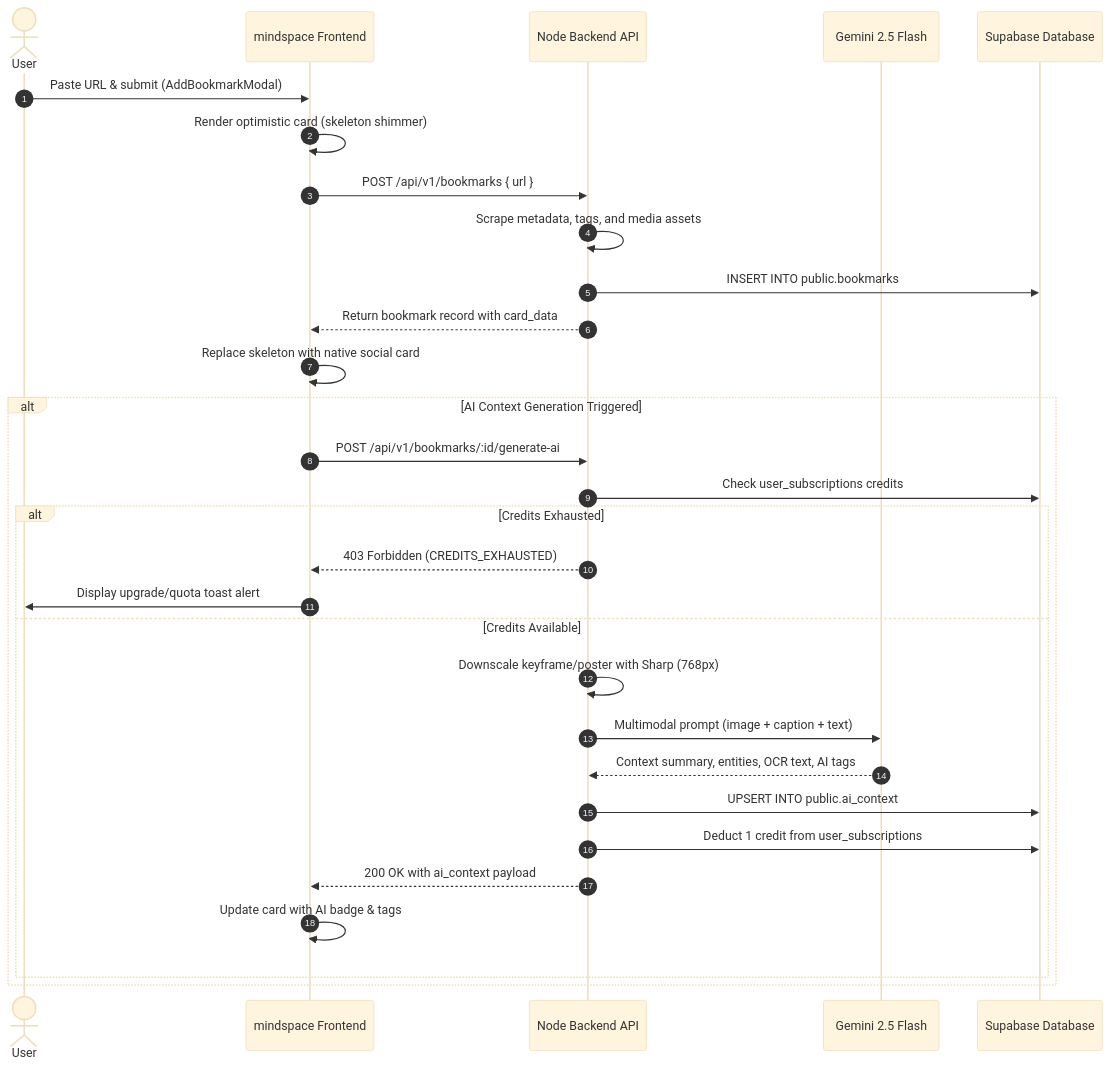
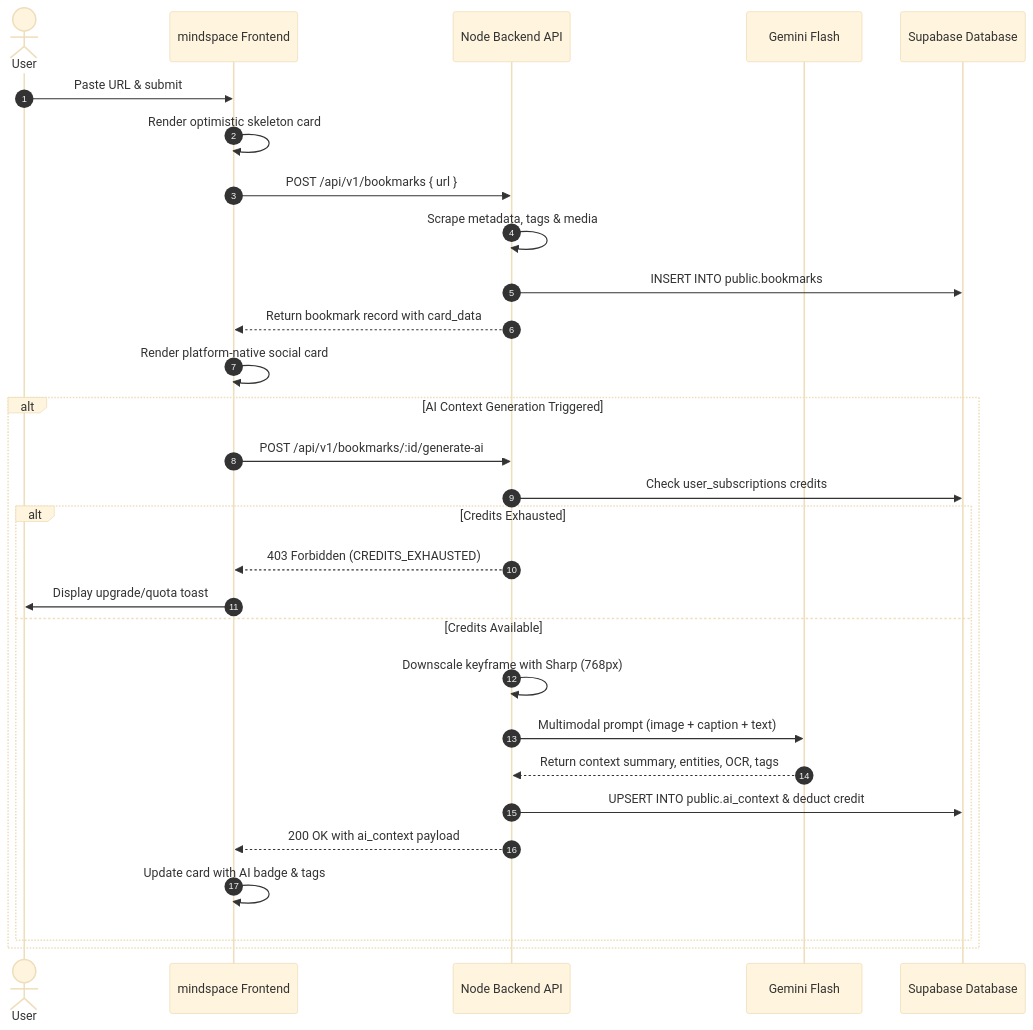
One commit to vaddadi-abhishek/Tagger_Web changed the second of 3 diagrams in README.md. Above: the diagram before and after it, drawn with Mermaid (base theme). The commit also changed other lines of this file and 6 other files, not shown here.

````diff
--- a/README.md
+++ b/README.md
@@ -188,35 +70,34 @@
 ```mermaid
 sequenceDiagram
     autonumber
     actor User
     participant Frontend as mindspace Frontend
     participant Backend as Node Backend API
-    participant Gemini as Gemini 2.5 Flash
+    participant Gemini as Gemini Flash
     participant Supabase as Supabase Database
 
-    User->>Frontend: Paste URL & submit (AddBookmarkModal)
-    Frontend->>Frontend: Render optimistic card (skeleton shimmer)
+    User->>Frontend: Paste URL & submit
+    Frontend->>Frontend: Render optimistic skeleton card
     Frontend->>Backend: POST /api/v1/bookmarks { url }
     
-    Backend->>Backend: Scrape metadata, tags, and media assets
+    Backend->>Backend: Scrape metadata, tags & media
     Backend->>Supabase: INSERT INTO public.bookmarks
     Backend-->>Frontend: Return bookmark record with card_data
-    Frontend->>Frontend: Replace skeleton with native social card
+    Frontend->>Frontend: Render platform-native social card
 
     alt AI Context Generation Triggered
         Frontend->>Backend: POST /api/v1/bookmarks/:id/generate-ai
         Backend->>Supabase: Check user_subscriptions credits
         alt Credits Exhausted
             Backend-->>Frontend: 403 Forbidden (CREDITS_EXHAUSTED)
-            Frontend->>User: Display upgrade/quota toast alert
+            Frontend->>User: Display upgrade/quota toast
         else Credits Available
-            Backend->>Backend: Downscale keyframe/poster with Sharp (768px)
+            Backend->>Backend: Downscale keyframe with Sharp (768px)
             Backend->>Gemini: Multimodal prompt (image + caption + text)
-            Gemini-->>Backend: Context summary, entities, OCR text, AI tags
-            Backend->>Supabase: UPSERT INTO public.ai_context
-            Backend->>Supabase: Deduct 1 credit from user_subscriptions
+            Gemini-->>Backend: Return context summary, entities, OCR, tags
+            Backend->>Supabase: UPSERT INTO public.ai_context & deduct credit
             Backend-->>Frontend: 200 OK with ai_context payload
             Frontend->>Frontend: Update card with AI badge & tags
         end
     end
 ```
````
